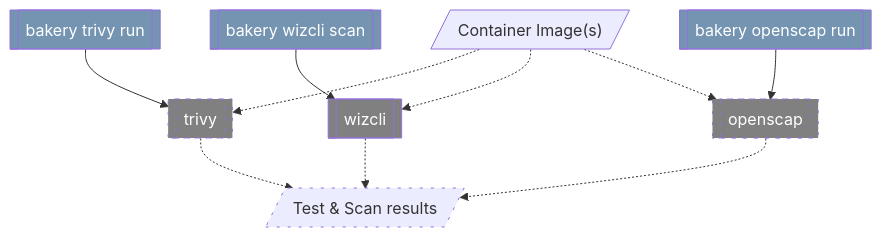
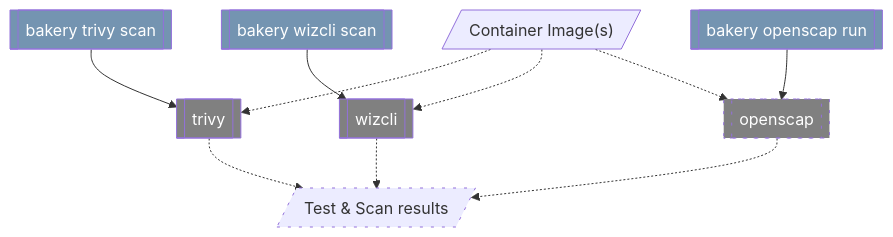
Before and after one commit to posit-dev/images-shared: the sixth of 8 diagrams in posit-bakery/docs/architecture.qmd, drawn with Mermaid. The commit also changed 3 other files, not shown here.

First line of the commit message:
docs: document trivy scan plugin and TrivyOptions

````diff
--- a/posit-bakery/docs/architecture.qmd
+++ b/posit-bakery/docs/architecture.qmd
@@ -216,34 +216,33 @@
 ```{mermaid}
 %%| fig-cap: "Bakery Scanning Workflow"
 flowchart TD
 
     image[/"Container Image(s)"/]
     results[/"Test & Scan results"/]
 
     trivy[[trivy]]
-    runTrivy[[bakery trivy run]]
+    runTrivy[[bakery trivy scan]]
     runTrivy --> trivy
     image -.-> trivy -.-> results
 
     wizcli[[wizcli]]
     runWizcli[[bakery wizcli scan]]
     runWizcli --> wizcli
     image -.-> wizcli -.-> results
 
     openscap[[openscap]]
     runOpenscap[[bakery openscap run]]
     runOpenscap --> openscap
     image -.-> openscap -.-> results
 
     classDef tooling fill:#7494B1,color:#fff
     classDef external fill:grey,color:#fff
     classDef progress stroke-dasharray: 2 2
     classDef todo stroke-dasharray: 3 8
 
     class runTrivy,runOpenscap,runWizcli tooling
     class trivy,openscap,wizcli external
 
     %% Mark what we are working on and is in flight %%
-    class inprogress,trivy todo
     class openscap,results todo
 ```
````
